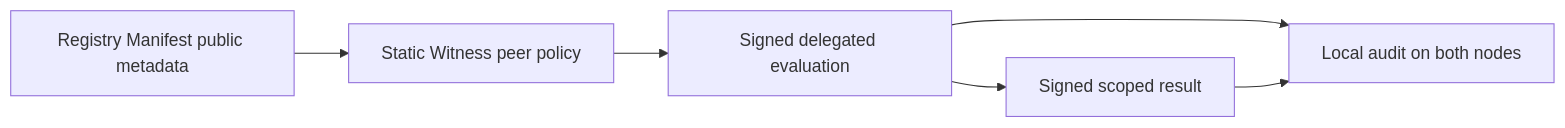
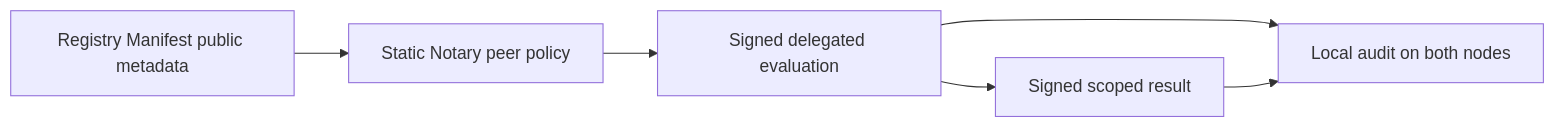
One commit to registrystack/registry-stack changed the second of 5 diagrams in imports/registry-notary/docs/federated-evaluation-mvp-spec.md. Above: the diagram before and after it, drawn with Mermaid. The commit also changed other lines of this file and 161 other files, not shown here.

Commit message:
Rename Registry Witness to Registry Notary (#40)

````diff
--- a/imports/registry-notary/docs/federated-evaluation-mvp-spec.md
+++ b/imports/registry-notary/docs/federated-evaluation-mvp-spec.md
@@ -55,14 +55,14 @@
 ```mermaid
 flowchart LR
   Manifest["Registry Manifest public metadata"]
-  Policy["Static Witness peer policy"]
+  Policy["Static Notary peer policy"]
   Request["Signed delegated evaluation"]
   Result["Signed scoped result"]
   Audit["Local audit on both nodes"]
 
   Manifest --> Policy
   Policy --> Request
   Request --> Result
   Request --> Audit
   Result --> Audit
 ```
````
